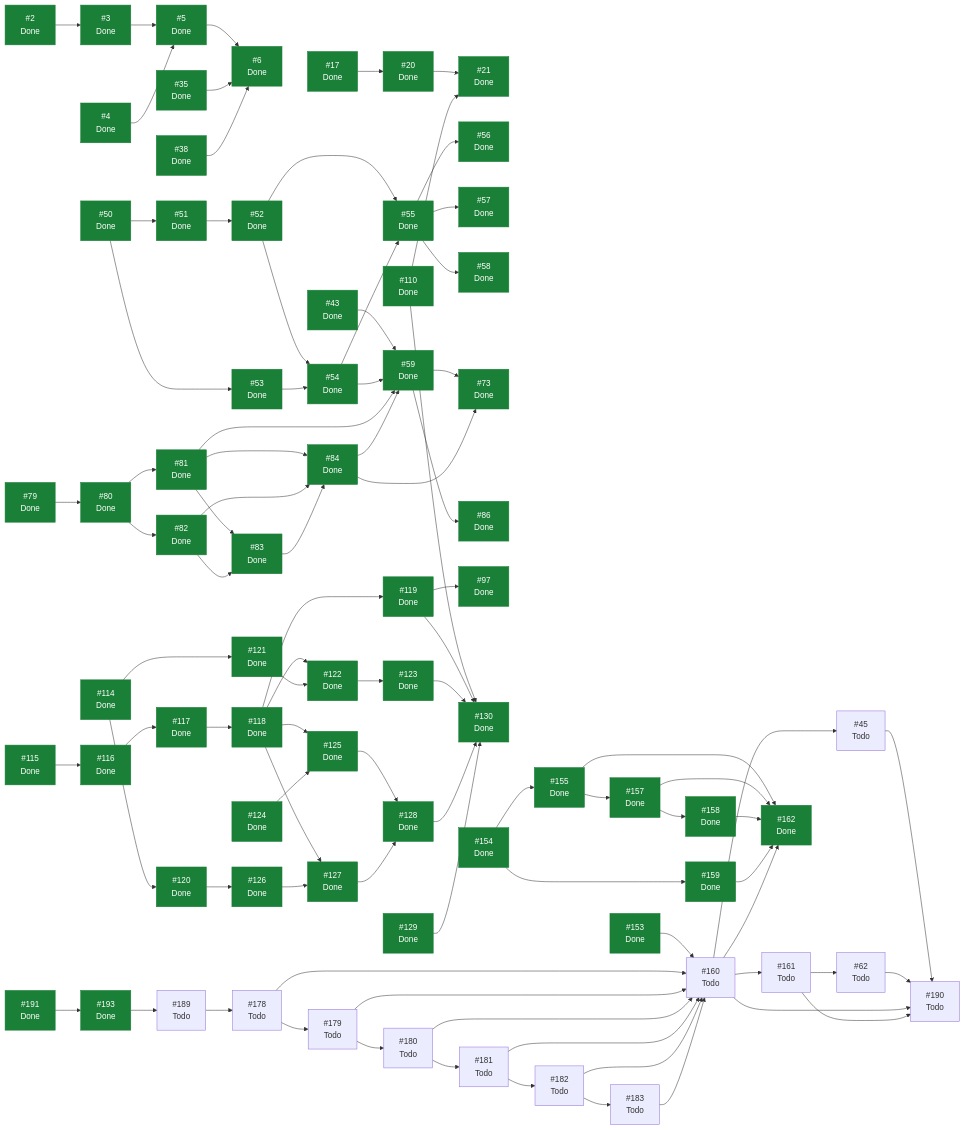
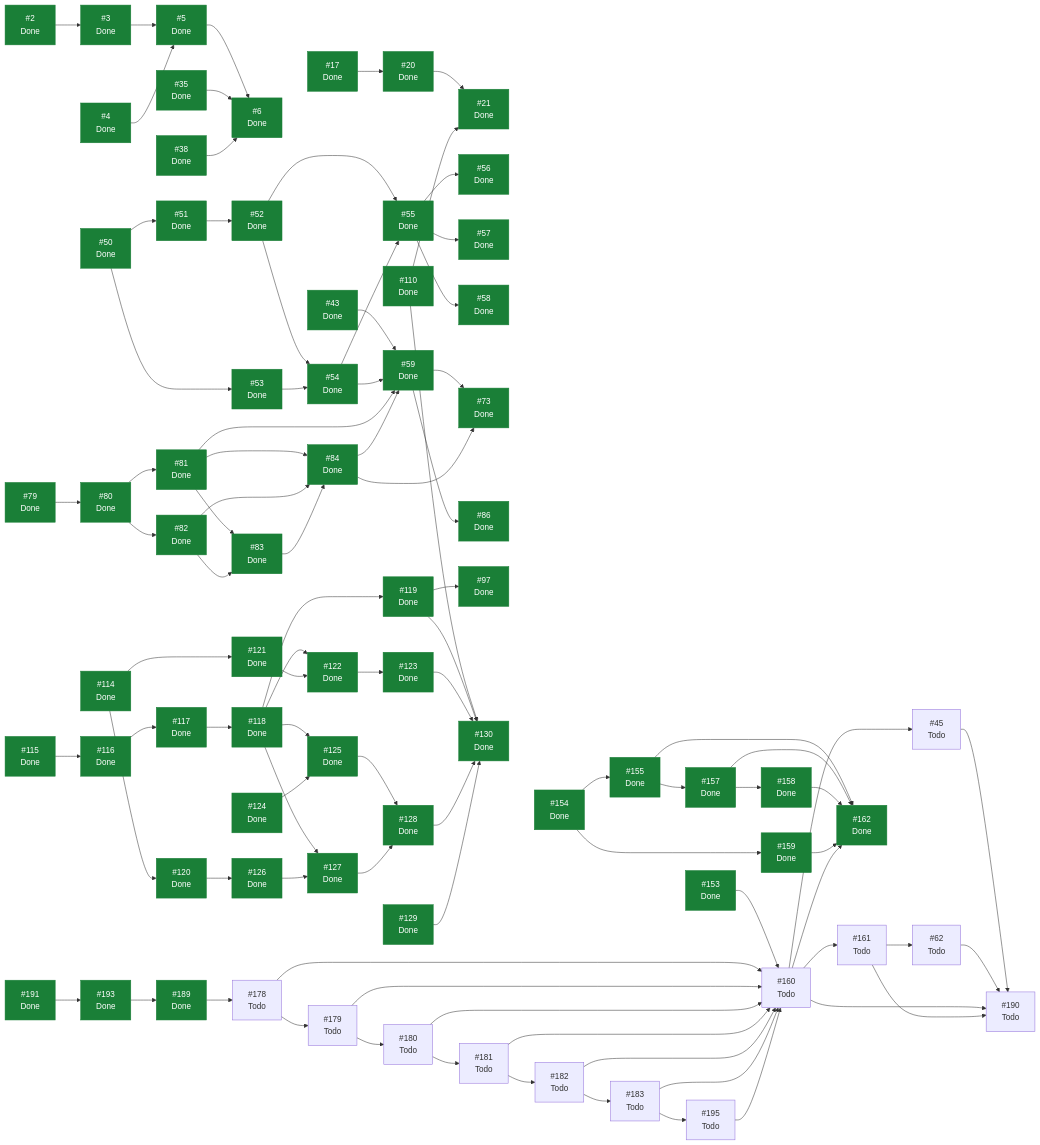
One commit to ecamp0s/evault changed the diagram in docs/planning/STATUS.md. Above: the diagram before and after it, drawn with Mermaid. The commit also changed other lines of this file, not shown here.

````diff
--- a/docs/planning/STATUS.md
+++ b/docs/planning/STATUS.md
@@ -255,10 +256,11 @@
   I181["#181<br/>Todo"]
   I182["#182<br/>Todo"]
   I183["#183<br/>Todo"]
-  I189["#189<br/>Todo"]
+  I189["#189<br/>Done"]
   I190["#190<br/>Todo"]
   I191["#191<br/>Done"]
   I193["#193<br/>Done"]
+  I195["#195<br/>Todo"]
   I2 --> I3
   I3 --> I5
   I4 --> I5
@@ -343,9 +345,11 @@
   I182 --> I160
   I182 --> I183
   I183 --> I160
+  I183 --> I195
   I189 --> I178
   I191 --> I193
   I193 --> I189
+  I195 --> I160
   classDef hecho fill:#1a7f37,stroke:#1a7f37,color:#fff;
-  class I2,I3,I4,I5,I6,I17,I20,I21,I35,I38,I43,I50,I51,I52,I53,I54,I55,I56,I57,I58,I59,I73,I79,I80,I81,I82,I83,I84,I86,I97,I110,I114,I115,I116,I117,I118,I119,I120,I121,I122,I123,I124,I125,I126,I127,I128,I129,I130,I153,I154,I155,I157,I158,I159,I162,I191,I193 hecho;
+  class I2,I3,I4,I5,I6,I17,I20,I21,I35,I38,I43,I50,I51,I52,I53,I54,I55,I56,I57,I58,I59,I73,I79,I80,I81,I82,I83,I84,I86,I97,I110,I114,I115,I116,I117,I118,I119,I120,I121,I122,I123,I124,I125,I126,I127,I128,I129,I130,I153,I154,I155,I157,I158,I159,I162,I189,I191,I193 hecho;
 ```
````
